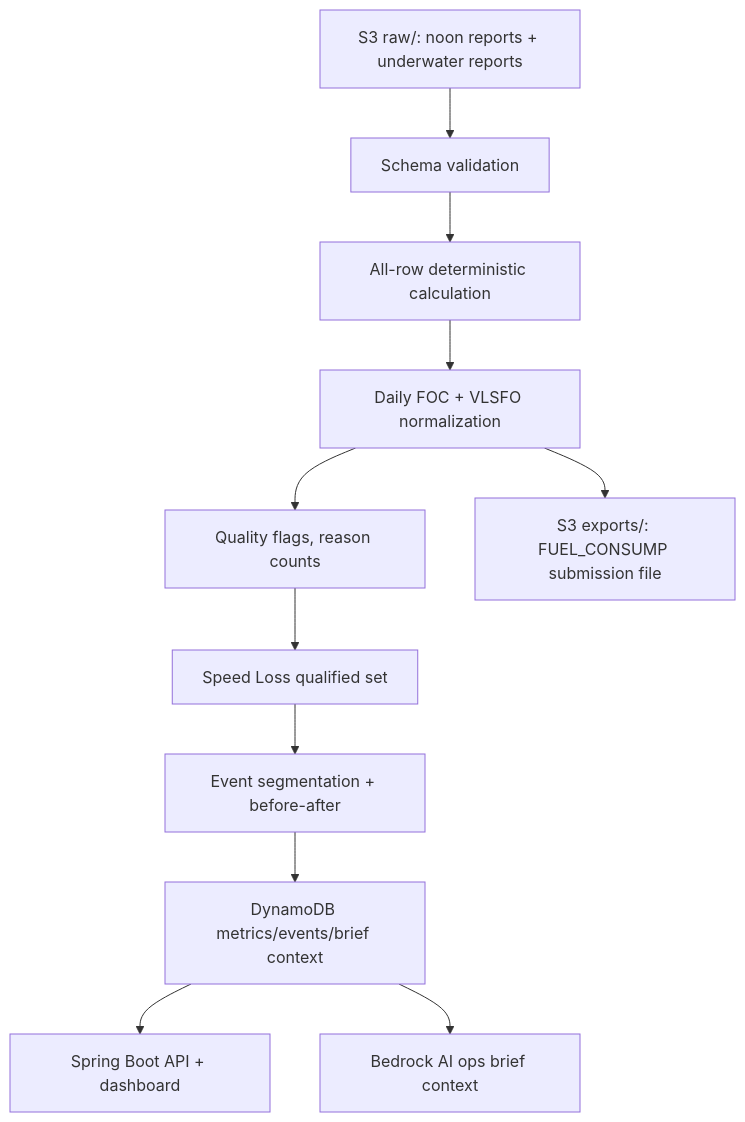
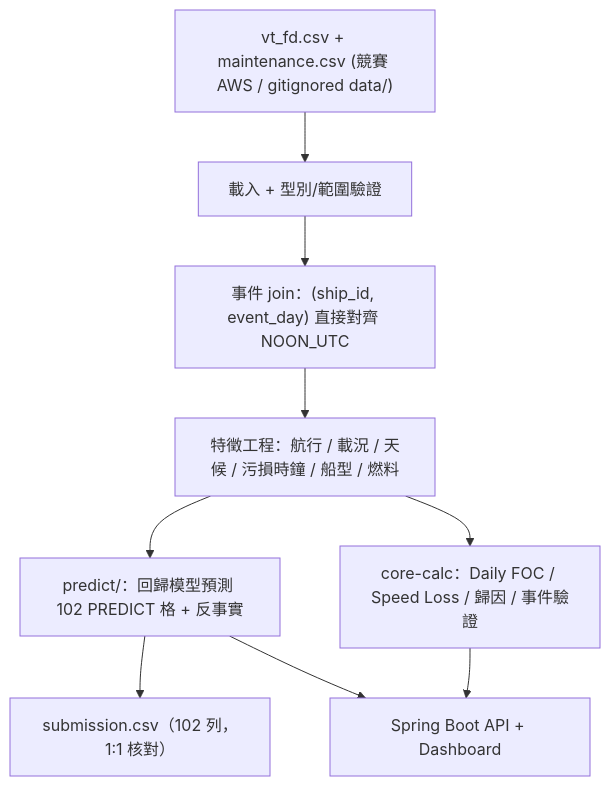
One commit to wsx5031060310guy/fleetmind-yang-ming-hackathon changed the diagram in docs/17-enterprise-data-application.md. Above: the diagram before and after it, drawn with Mermaid. The commit also changed other lines of this file and 2 other files, not shown here.

First line of the commit message:
docs: refresh submission chapters (17 enterprise-data, 19 tech-arch, 07 Q&A) for real data + prediction task

````diff
--- a/docs/17-enterprise-data-application.md
+++ b/docs/17-enterprise-data-application.md
@@ -49,13 +74,11 @@
 ```mermaid
 flowchart TD
-  A["S3 raw/: noon reports + underwater reports"] --> B["Schema validation"]
-  B --> C["All-row deterministic calculation"]
-  C --> D["Daily FOC + VLSFO normalization"]
-  D --> E["Quality flags, reason counts"]
-  E --> F["Speed Loss qualified set"]
-  F --> G["Event segmentation + before-after"]
-  G --> H["DynamoDB metrics/events/brief context"]
-  D --> I["S3 exports/: FUEL_CONSUMP submission file"]
-  H --> J["Spring Boot API + dashboard"]
-  H --> K["Bedrock AI ops brief context"]
+  A["vt_fd.csv + maintenance.csv (競賽 AWS / gitignored data/)"] --> B["載入 + 型別/範圍驗證"]
+  B --> C["事件 join：(ship_id, event_day) 直接對齊 NOON_UTC"]
+  C --> D["特徵工程：航行 / 載況 / 天候 / 污損時鐘 / 船型 / 燃料"]
+  D --> E["predict/：回歸模型預測 102 PREDICT 格 + 反事實"]
+  D --> F["core-calc：Daily FOC / Speed Loss / 歸因 / 事件驗證"]
+  E --> G["submission.csv（102 列，1:1 核對）"]
+  F --> H["Spring Boot API + Dashboard"]
+  E --> H
 ```
````
